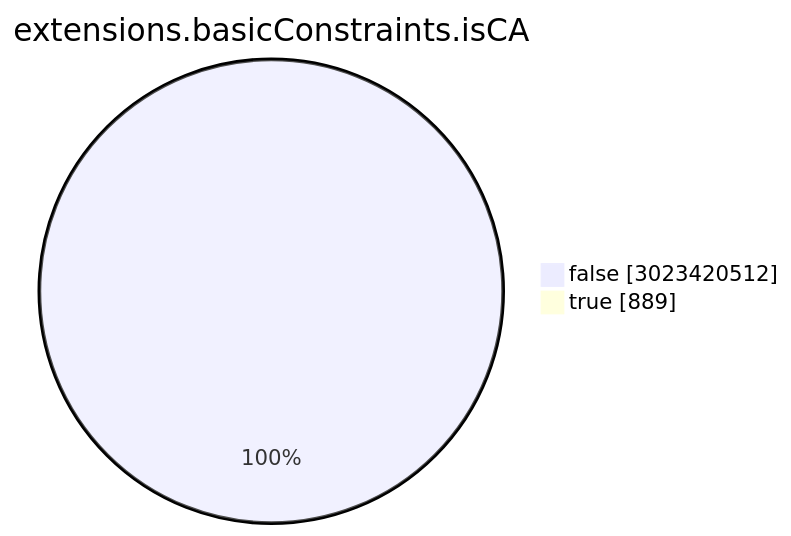
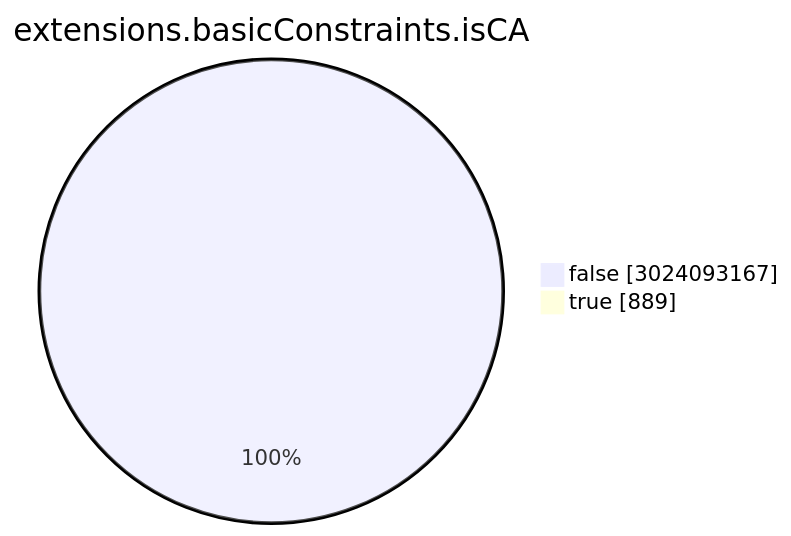
The seventh of 15 diagrams in TOTAL/README.md (christiankrug/ctmonitor_visualization), drawn with Mermaid before and after one commit. The commit also changed other lines of this file, not shown here.

````diff
--- a/TOTAL/README.md
+++ b/TOTAL/README.md
@@ -3085,6 +3086,6 @@
 ```mermaid
 pie showData
 title extensions.basicConstraints.isCA
-"false" :3023420512
+"false" :3024093167
 "true" :889
 ```
````
